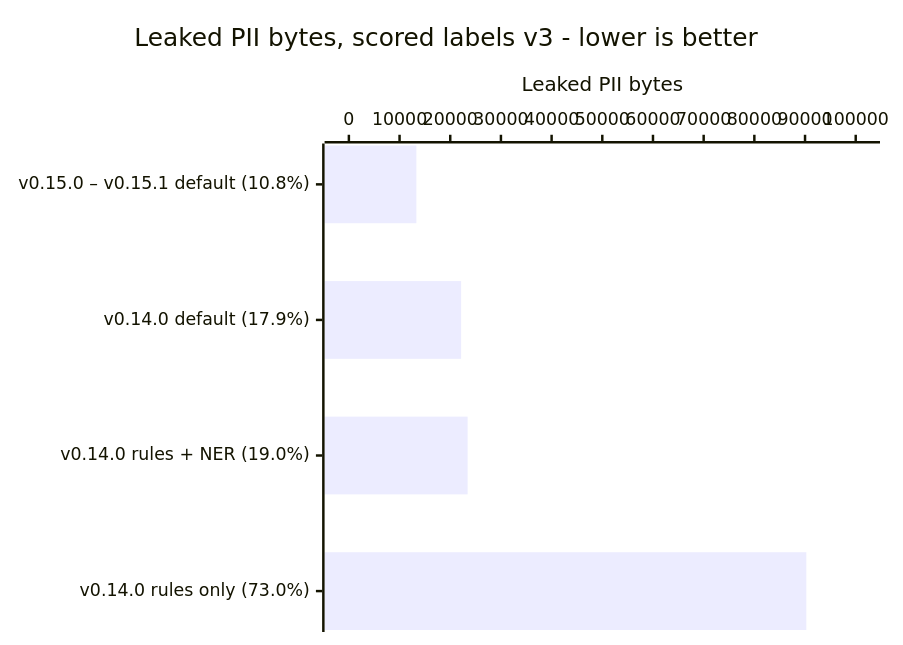
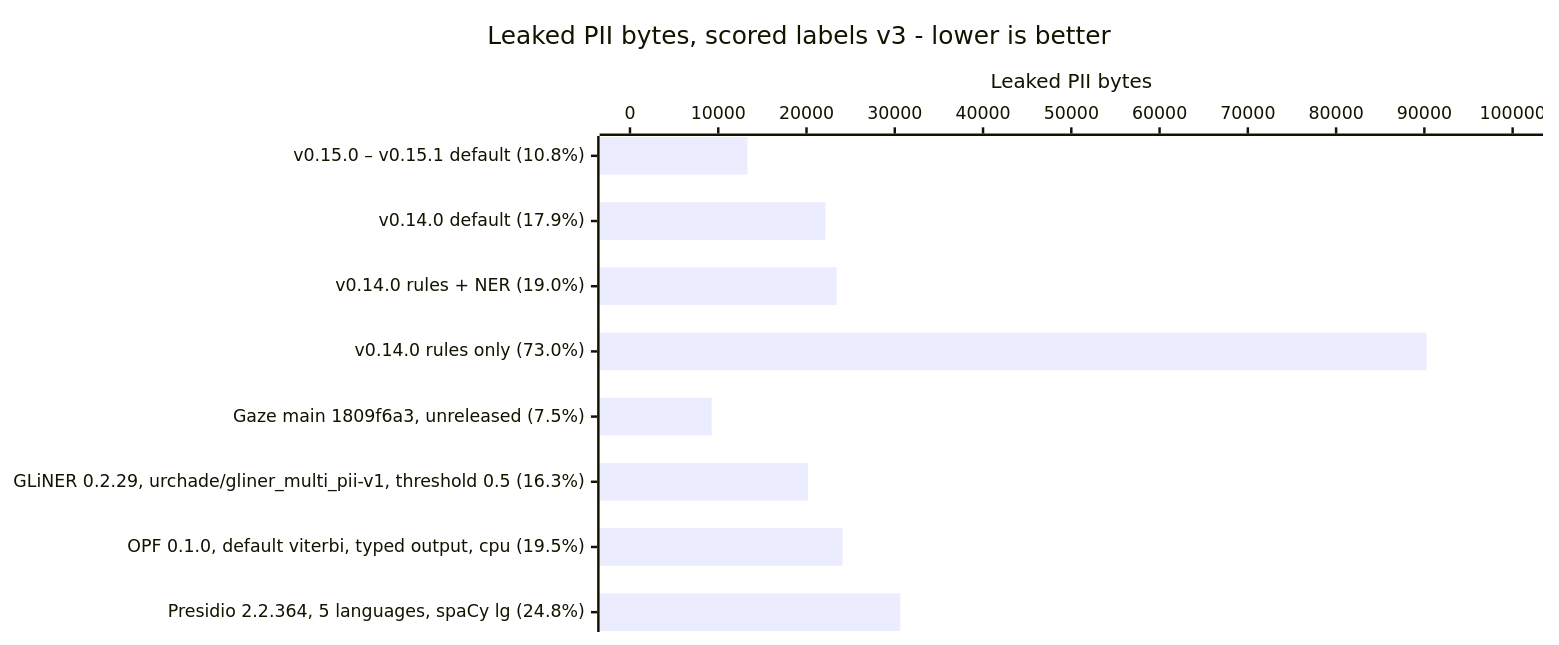
The first of 3 diagrams in README.md (CertaMesh/gaze), drawn with Mermaid before and after one commit. The commit also changed other lines of this file and 3 other files, not shown here.

First line of the commit message:
Show competitor measurements in README benchmark chart (#700)

````diff
--- a/README.md
+++ b/README.md
@@ -34,7 +34,8 @@
 ```mermaid
+%%{init: {'xyChart': {'width': 1200, 'height': 500}}}%%
 xychart-beta horizontal
     title "Leaked PII bytes, scored labels v3 - lower is better"
-    x-axis ["v0.15.0 – v0.15.1 default (10.8%)", "v0.14.0 default (17.9%)", "v0.14.0 rules + NER (19.0%)", "v0.14.0 rules only (73.0%)"]
+    x-axis ["v0.15.0 – v0.15.1 default (10.8%)", "v0.14.0 default (17.9%)", "v0.14.0 rules + NER (19.0%)", "v0.14.0 rules only (73.0%)", "Gaze main 1809f6a3, unreleased (7.5%)", "GLiNER 0.2.29, urchade/gliner_multi_pii-v1, threshold 0.5 (16.3%)", "OPF 0.1.0, default viterbi, typed output, cpu (19.5%)", "Presidio 2.2.364, 5 languages, spaCy lg (24.8%)"]
     y-axis "Leaked PII bytes" 0 --> 100000
-    bar [13319, 22144, 23428, 90253]
+    bar [13319, 22144, 23428, 90253, 9256, 20152, 24080, 30615]
 ```
````
